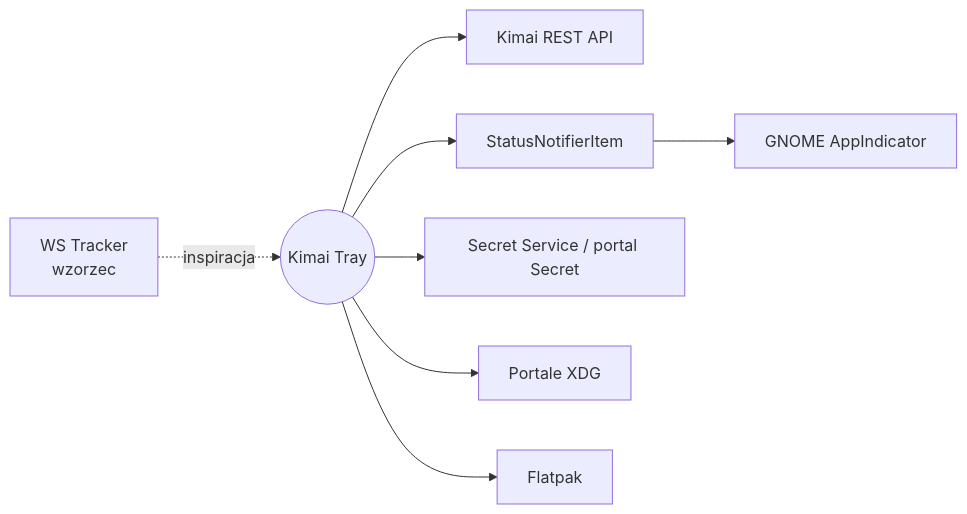
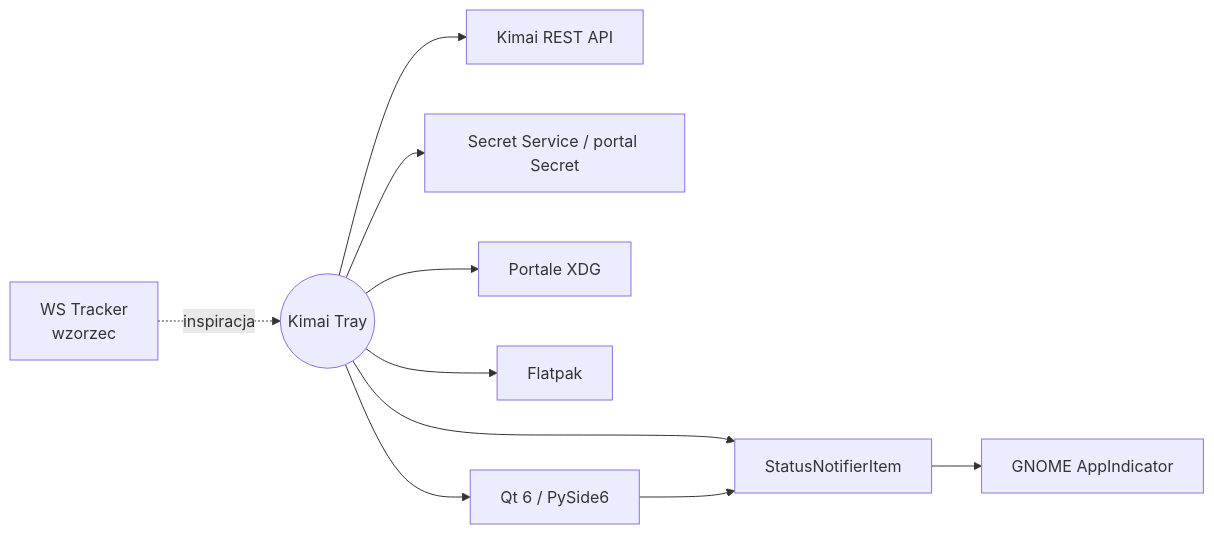
One commit to DragonKing026/DK-Tracker-Linux changed the diagram in docs/integracje/README.md. Above: the diagram before and after it, drawn with Mermaid. The commit also changed other lines of this file and 1 other file, not shown here.

Commit message:
docs(integracje): opisz Qt 6 / PySide6 (tacka, Flatpak BaseApp, testy)

````diff
--- a/docs/integracje/README.md
+++ b/docs/integracje/README.md
@@ -13,11 +13,13 @@
 ```mermaid
 flowchart LR
     APP((Kimai Tray))
     APP --> K[Kimai REST API]
     APP --> SNI[StatusNotifierItem]
     SNI --> GN[GNOME AppIndicator]
     APP --> SEC[Secret Service / portal Secret]
     APP --> POR[Portale XDG]
     APP --> FP[Flatpak]
+    APP --> QT[Qt 6 / PySide6]
+    QT --> SNI
     REF[WS Tracker<br/>wzorzec] -. inspiracja .-> APP
 ```
````
